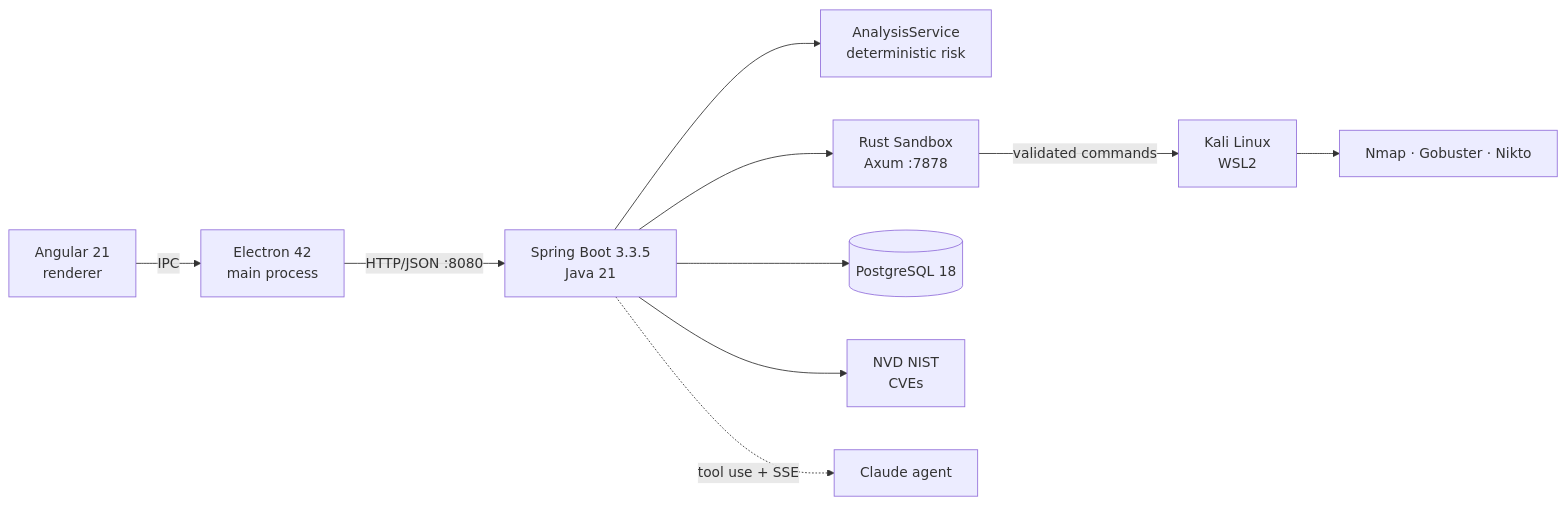
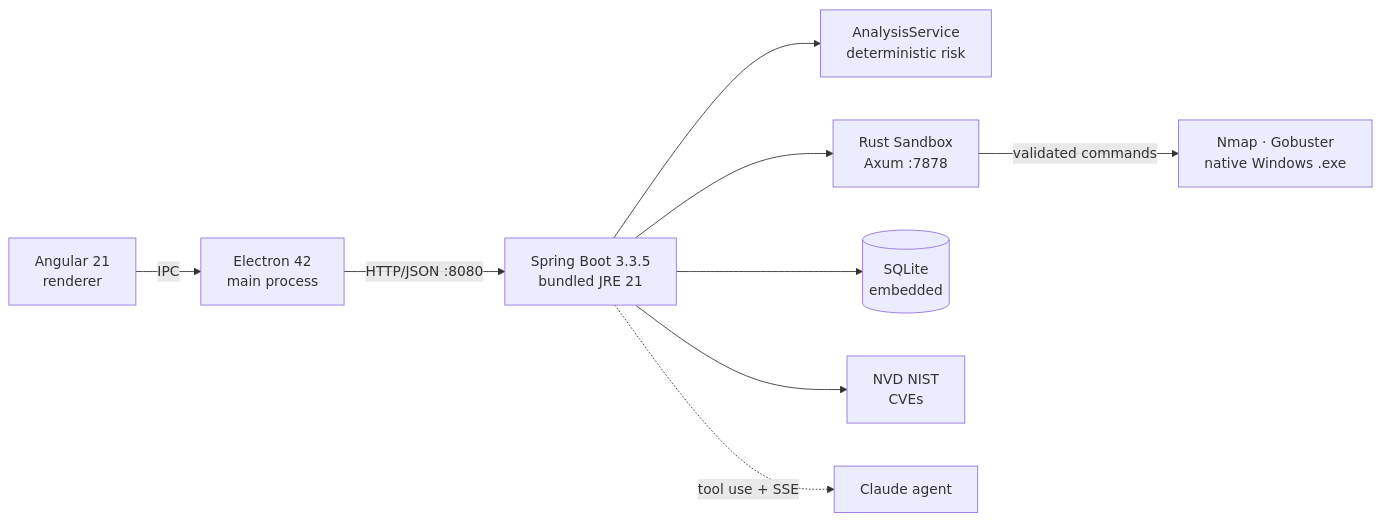
The first of 2 diagrams in README.md (FaridDevU/NetSentinel), drawn with Mermaid before and after one commit. The commit also changed other lines of this file, not shown here.

First line of the commit message:
docs: update README to the native architecture (SQLite, bundled JRE, no WSL/Kali)

````diff
--- a/README.md
+++ b/README.md
@@ -87,12 +87,11 @@
 ```mermaid
 flowchart LR
     UI[Angular 21<br/>renderer] -->|IPC| EL[Electron 42<br/>main process]
-    EL -->|HTTP/JSON :8080| API[Spring Boot 3.3.5<br/>Java 21]
+    EL -->|HTTP/JSON :8080| API[Spring Boot 3.3.5<br/>bundled JRE 21]
     API --> AN[AnalysisService<br/>deterministic risk]
     API --> SB[Rust Sandbox<br/>Axum :7878]
-    SB -->|validated commands| KALI[Kali Linux<br/>WSL2]
-    KALI --> TOOLS[Nmap · Gobuster · Nikto]
-    API --> DB[(PostgreSQL 18)]
+    SB -->|validated commands| TOOLS[Nmap · Gobuster<br/>native Windows .exe]
+    API --> DB[(SQLite<br/>embedded)]
     API --> NVD[NVD NIST<br/>CVEs]
     API -. tool use + SSE .-> CLAUDE[Claude agent]
 ```
````
